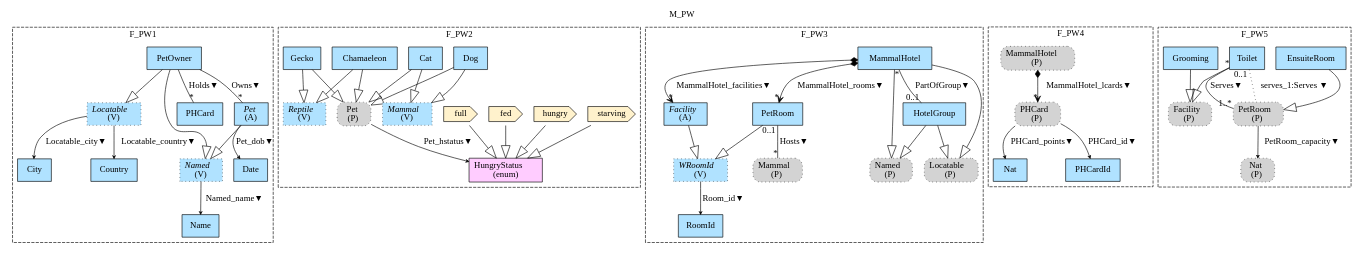
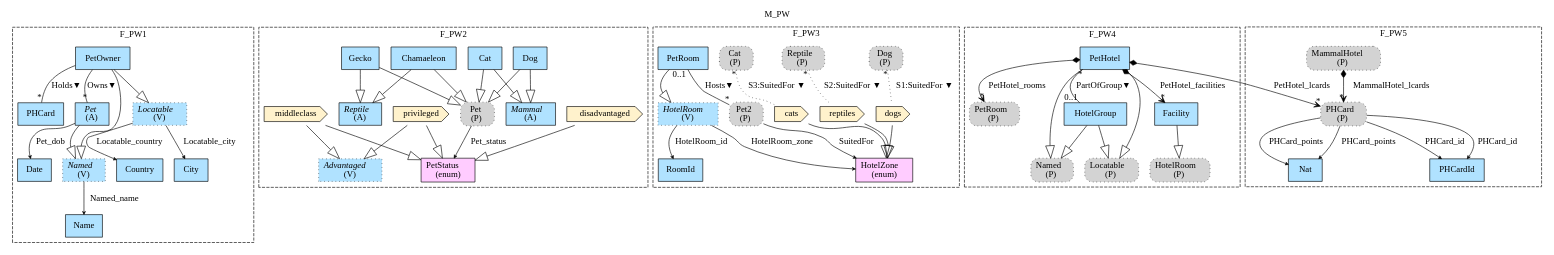
Before and after one commit to namalio/Fragmenta: the diagram in Haskell/FragmentaTests/PetsWorld/img/M_PW_Mdl.gv, drawn with Graphviz. The commit also changed 39 other files, not shown here.

```diff
--- a/Haskell/FragmentaTests/PetsWorld/img/M_PW_Mdl.gv
+++ b/Haskell/FragmentaTests/PetsWorld/img/M_PW_Mdl.gv
@@ -1,113 +1,128 @@
 digraph {graph[label=M_PW,labelloc=tl,labelfontsize=12];
 subgraph cluster_F_PW1{style=dashed;label=F_PW1;
 "Name"[shape=record,fillcolor=lightskyblue1,style = filled,label="Name"];
 "Country"[shape=record,fillcolor=lightskyblue1,style = filled,label="Country"];
 "City"[shape=record,fillcolor=lightskyblue1,style = filled,label="City"];
 "Date"[shape=record,fillcolor=lightskyblue1,style = filled,label="Date"];
 "PHCard"[shape=record,fillcolor=lightskyblue1,style = filled,label="PHCard"];
 "Pet"[shape=record,fillcolor=lightskyblue1,style = filled,label=<{<I>Pet</I><br/>(A)}>];
 "Named"[shape=record,fillcolor=lightskyblue1,style ="filled,dotted",label=<{<I>Named</I><br/>(V)}>];
 "PetOwner"[shape=record,fillcolor=lightskyblue1,style = filled,label="PetOwner"];
 "Locatable"[shape=record,fillcolor=lightskyblue1,style ="filled,dotted",label=<{<I>Locatable</I><br/>(V)}>];
 
-"Named"->"Name"[label="Named_name▼",arrowhead=vee,headlabel="",arrowsize=.5];
-"Locatable"->"Country"[label="Locatable_country▼",arrowhead=vee,headlabel="",arrowsize=.5];
-"Locatable"->"City"[label="Locatable_city▼",arrowhead=vee,headlabel="",arrowsize=.5];
-"Pet"->"Date"[label="Pet_dob▼",arrowhead=vee,headlabel="",arrowsize=.5];
+"Named"->"Name"[label="Named_name",arrowhead=vee,headlabel="",arrowsize=.5];
+"Locatable"->"Country"[label="Locatable_country",arrowhead=vee,headlabel="",arrowsize=.5];
+"Locatable"->"City"[label="Locatable_city",arrowhead=vee,headlabel="",arrowsize=.5];
+"Pet"->"Date"[label="Pet_dob",arrowhead=vee,headlabel="",arrowsize=.5];
 "PetOwner"->"Pet"[label="Owns▼",dir=none,taillabel="",headlabel="*"];
 "PetOwner"->"PHCard"[label="Holds▼",dir=none,taillabel="",headlabel="*"];
 "Pet"->"Named"[arrowhead=onormal,arrowsize=2.0];
 "PetOwner"->"Named"[arrowhead=onormal,arrowsize=2.0];
 "PetOwner"->"Locatable"[arrowhead=onormal,arrowsize=2.0];
 
 }
 subgraph cluster_F_PW2{style=dashed;label=F_PW2;
-"starving"[shape=cds,fillcolor="#FFF2CC",style = filled,label="starving"];
-"hungry"[shape=cds,fillcolor="#FFF2CC",style = filled,label="hungry"];
-"fed"[shape=cds,fillcolor="#FFF2CC",style = filled,label="fed"];
-"full"[shape=cds,fillcolor="#FFF2CC",style = filled,label="full"];
-"HungryStatus"[shape=record,fillcolor="#FFCCFF",style = filled,label="HungryStatus\l(enum)"];
+"disadvantaged"[shape=cds,fillcolor="#FFF2CC",style = filled,label="disadvantaged"];
+"PetStatus"[shape=record,fillcolor="#FFCCFF",style = filled,label="PetStatus\l(enum)"];
 "PPet"[shape=box,fillcolor=lightgray,style ="rounded,filled,dotted",label=<Pet<br/>(P)>];
 "Dog"[shape=record,fillcolor=lightskyblue1,style = filled,label="Dog"];
 "Cat"[shape=record,fillcolor=lightskyblue1,style = filled,label="Cat"];
-"Mammal"[shape=record,fillcolor=lightskyblue1,style ="filled,dotted",label=<{<I>Mammal</I><br/>(V)}>];
+"Mammal"[shape=record,fillcolor=lightskyblue1,style = filled,label=<{<I>Mammal</I><br/>(A)}>];
 "Chamaeleon"[shape=record,fillcolor=lightskyblue1,style = filled,label="Chamaeleon"];
 "Gecko"[shape=record,fillcolor=lightskyblue1,style = filled,label="Gecko"];
-"Reptile"[shape=record,fillcolor=lightskyblue1,style ="filled,dotted",label=<{<I>Reptile</I><br/>(V)}>];
+"Reptile"[shape=record,fillcolor=lightskyblue1,style = filled,label=<{<I>Reptile</I><br/>(A)}>];
+"privileged"[shape=cds,fillcolor="#FFF2CC",style = filled,label="privileged"];
+"middleclass"[shape=cds,fillcolor="#FFF2CC",style = filled,label="middleclass"];
+"Advantaged"[shape=record,fillcolor=lightskyblue1,style ="filled,dotted",label=<{<I>Advantaged</I><br/>(V)}>];
 
-"starving"->"HungryStatus"[arrowhead=onormal,arrowsize=2.0];
-"hungry"->"HungryStatus"[arrowhead=onormal,arrowsize=2.0];
-"fed"->"HungryStatus"[arrowhead=onormal,arrowsize=2.0];
-"full"->"HungryStatus"[arrowhead=onormal,arrowsize=2.0];
-"PPet"->"HungryStatus"[label="Pet_hstatus▼",arrowhead=vee,headlabel="",arrowsize=.5];
+"privileged"->"PetStatus"[arrowhead=onormal,arrowsize=2.0];
+"middleclass"->"PetStatus"[arrowhead=onormal,arrowsize=2.0];
+"disadvantaged"->"PetStatus"[arrowhead=onormal,arrowsize=2.0];
+"PPet"->"PetStatus"[label="Pet_status",arrowhead=vee,headlabel="",arrowsize=.5];
 "Dog"->"PPet"[arrowhead=onormal,arrowsize=2.0];
 "Cat"->"PPet"[arrowhead=onormal,arrowsize=2.0];
 "Chamaeleon"->"PPet"[arrowhead=onormal,arrowsize=2.0];
 "Gecko"->"PPet"[arrowhead=onormal,arrowsize=2.0];
 "Dog"->"Mammal"[arrowhead=onormal,arrowsize=2.0];
 "Cat"->"Mammal"[arrowhead=onormal,arrowsize=2.0];
 "Chamaeleon"->"Reptile"[arrowhead=onormal,arrowsize=2.0];
 "Gecko"->"Reptile"[arrowhead=onormal,arrowsize=2.0];
+"privileged"->"Advantaged"[arrowhead=onormal,arrowsize=2.0];
+"middleclass"->"Advantaged"[arrowhead=onormal,arrowsize=2.0];
 
 }
 
 subgraph cluster_F_PW3{style=dashed;label=F_PW3;
-"PMammal"[shape=box,fillcolor=lightgray,style ="rounded,filled,dotted",label=<Mammal<br/>(P)>];
+"PPet2"[shape=box,fillcolor=lightgray,style ="rounded,filled,dotted",label=<Pet2<br/>(P)>];
 "RoomId"[shape=record,fillcolor=lightskyblue1,style = filled,label="RoomId"];
+"HotelZone"[shape=record,fillcolor="#FFCCFF",style = filled,label="HotelZone\l(enum)"];
+"PDog"[shape=box,fillcolor=lightgray,style ="rounded,filled,dotted",label=<Dog<br/>(P)>];
+"dogs"[shape=cds,fillcolor="#FFF2CC",style = filled,label="dogs"];
+"PReptile"[shape=box,fillcolor=lightgray,style ="rounded,filled,dotted",label=<Reptile<br/>(P)>];
+"reptiles"[shape=cds,fillcolor="#FFF2CC",style = filled,label="reptiles"];
+"PCat"[shape=box,fillcolor=lightgray,style ="rounded,filled,dotted",label=<Cat<br/>(P)>];
+"cats"[shape=cds,fillcolor="#FFF2CC",style = filled,label="cats"];
 "PetRoom"[shape=record,fillcolor=lightskyblue1,style = filled,label="PetRoom"];
-"Facility"[shape=record,fillcolor=lightskyblue1,style = filled,label=<{<I>Facility</I><br/>(A)}>];
-"WRoomId"[shape=record,fillcolor=lightskyblue1,style ="filled,dotted",label=<{<I>WRoomId</I><br/>(V)}>];
-"PNamed"[shape=box,fillcolor=lightgray,style ="rounded,filled,dotted",label=<Named<br/>(P)>];
-"PLocatable"[shape=box,fillcolor=lightgray,style ="rounded,filled,dotted",label=<Locatable<br/>(P)>];
-"MammalHotel"[shape=record,fillcolor=lightskyblue1,style = filled,label="MammalHotel"];
-"HotelGroup"[shape=record,fillcolor=lightskyblue1,style = filled,label="HotelGroup"];
+"HotelRoom"[shape=record,fillcolor=lightskyblue1,style ="filled,dotted",label=<{<I>HotelRoom</I><br/>(V)}>];
 
-"MammalHotel"->"PetRoom"[label="MammalHotel_rooms▼",arrowhead=vee,arrowtail=diamond,dir=both,headlabel="*"];
-"MammalHotel"->"Facility"[label="MammalHotel_facilities▼",arrowhead=vee,arrowtail=diamond,dir=both,headlabel="*"];
-"PetRoom"->"PMammal"[label="Hosts▼",dir=none,taillabel="0..1",headlabel="*"];
-"WRoomId"->"RoomId"[label="Room_id▼",arrowhead=vee,headlabel="",arrowsize=.5];
-"MammalHotel"->"PNamed"[arrowhead=onormal,arrowsize=2.0];
-"MammalHotel"->"PLocatable"[arrowhead=onormal,arrowsize=2.0];
-"PetRoom"->"WRoomId"[arrowhead=onormal,arrowsize=2.0];
-"Facility"->"WRoomId"[arrowhead=onormal,arrowsize=2.0];
-"HotelGroup"->"PNamed"[arrowhead=onormal,arrowsize=2.0];
-"HotelGroup"->"PLocatable"[arrowhead=onormal,arrowsize=2.0];
-"MammalHotel"->"HotelGroup"[label="PartOfGroup▼",dir=none,taillabel="*",headlabel="0..1"];
+"dogs"->"HotelZone"[arrowhead=onormal,arrowsize=2.0];
+"reptiles"->"HotelZone"[arrowhead=onormal,arrowsize=2.0];
+"cats"->"HotelZone"[arrowhead=onormal,arrowsize=2.0];
+"PetRoom"->"PPet2"[label="Hosts▼",dir=none,taillabel="0..1",headlabel="*"];
+"PPet2"->"HotelZone"[label="SuitedFor",arrowhead=vee,headlabel="",arrowsize=.5];
+"HotelRoom"->"RoomId"[label="HotelRoom_id",arrowhead=vee,headlabel="",arrowsize=.5];
+"HotelRoom"->"HotelZone"[label="HotelRoom_zone",arrowhead=vee,headlabel="",arrowsize=.5];
+"PDog"->"dogs"[label="S1:SuitedFor ▼",dir=none,taillabel="*",headlabel="",style=dotted];
+"PReptile"->"reptiles"[label="S2:SuitedFor ▼",dir=none,taillabel="*",headlabel="",style=dotted];
+"PCat"->"cats"[label="S3:SuitedFor ▼",dir=none,taillabel="*",headlabel="",style=dotted];
+"PetRoom"->"HotelRoom"[arrowhead=onormal,arrowsize=2.0];
 
 }
 
 
 
+
 subgraph cluster_F_PW4{style=dashed;label=F_PW4;
+"PPetRoom"[shape=box,fillcolor=lightgray,style ="rounded,filled,dotted",label=<PetRoom<br/>(P)>];
+"Nat"[shape=record,fillcolor=lightskyblue1,style = filled,label="Nat"];
+"PPHCard"[shape=box,fillcolor=lightgray,style ="rounded,filled,dotted",label=<PHCard<br/>(P)>];
+"PHCardId"[shape=record,fillcolor=lightskyblue1,style = filled,label="PHCardId"];
+"PetHotel"[shape=record,fillcolor=lightskyblue1,style = filled,label="PetHotel"];
+"PNamed"[shape=box,fillcolor=lightgray,style ="rounded,filled,dotted",label=<Named<br/>(P)>];
+"HotelGroup"[shape=record,fillcolor=lightskyblue1,style = filled,label="HotelGroup"];
+"PLocatable"[shape=box,fillcolor=lightgray,style ="rounded,filled,dotted",label=<Locatable<br/>(P)>];
+"Facility"[shape=record,fillcolor=lightskyblue1,style = filled,label="Facility"];
+"PHotelRoom"[shape=box,fillcolor=lightgray,style ="rounded,filled,dotted",label=<HotelRoom<br/>(P)>];
+
+"PetHotel"->"HotelGroup"[label="PartOfGroup▼",dir=none,taillabel="*",headlabel="0..1"];
+"PetHotel"->"PPHCard"[label="PetHotel_lcards",arrowhead=vee,arrowtail=diamond,dir=both,headlabel="*"];
+"PetHotel"->"Facility"[label="PetHotel_facilities",arrowhead=vee,arrowtail=diamond,dir=both,headlabel="*"];
+"PetHotel"->"PPetRoom"[label="PetHotel_rooms",arrowhead=vee,arrowtail=diamond,dir=both,headlabel="*"];
+"PPHCard"->"Nat"[label="PHCard_points",arrowhead=vee,headlabel="",arrowsize=.5];
+"PPHCard"->"PHCardId"[label="PHCard_id",arrowhead=vee,headlabel="",arrowsize=.5];
+"PetHotel"->"PNamed"[arrowhead=onormal,arrowsize=2.0];
+"PetHotel"->"PLocatable"[arrowhead=onormal,arrowsize=2.0];
+"HotelGroup"->"PNamed"[arrowhead=onormal,arrowsize=2.0];
+"HotelGroup"->"PLocatable"[arrowhead=onormal,arrowsize=2.0];
+"Facility"->"PHotelRoom"[arrowhead=onormal,arrowsize=2.0];
+
+}
+
+
+
+
+
+subgraph cluster_F_PW5{style=dashed;label=F_PW5;
 "Nat"[shape=record,fillcolor=lightskyblue1,style = filled,label="Nat"];
 "PHCardId"[shape=record,fillcolor=lightskyblue1,style = filled,label="PHCardId"];
 "PMammalHotel"[shape=box,fillcolor=lightgray,style ="rounded,filled,dotted",label=<MammalHotel<br/>(P)>];
 "PPHCard"[shape=box,fillcolor=lightgray,style ="rounded,filled,dotted",label=<PHCard<br/>(P)>];
 
-"PPHCard"->"Nat"[label="PHCard_points▼",arrowhead=vee,headlabel="",arrowsize=.5];
-"PPHCard"->"PHCardId"[label="PHCard_id▼",arrowhead=vee,headlabel="",arrowsize=.5];
-"PMammalHotel"->"PPHCard"[label="MammalHotel_lcards▼",arrowhead=vee,arrowtail=diamond,dir=both,headlabel="*"];
+"PPHCard"->"Nat"[label="PHCard_points",arrowhead=vee,headlabel="",arrowsize=.5];
+"PPHCard"->"PHCardId"[label="PHCard_id",arrowhead=vee,headlabel="",arrowsize=.5];
+"PMammalHotel"->"PPHCard"[label="MammalHotel_lcards",arrowhead=vee,arrowtail=diamond,dir=both,headlabel="*"];
 
 }
 
 
-subgraph cluster_F_PW5{style=dashed;label=F_PW5;
-"PNat"[shape=box,fillcolor=lightgray,style ="rounded,filled,dotted",label=<Nat<br/>(P)>];
-"EnsuiteRoom"[shape=record,fillcolor=lightskyblue1,style = filled,label="EnsuiteRoom"];
-"PPetRoom"[shape=box,fillcolor=lightgray,style ="rounded,filled,dotted",label=<PetRoom<br/>(P)>];
-"Toilet"[shape=record,fillcolor=lightskyblue1,style = filled,label="Toilet"];
-"Grooming"[shape=record,fillcolor=lightskyblue1,style = filled,label="Grooming"];
-"PFacility"[shape=box,fillcolor=lightgray,style ="rounded,filled,dotted",label=<Facility<br/>(P)>];
-
-"PPetRoom"->"PNat"[label="PetRoom_capacity▼",arrowhead=vee,headlabel="",arrowsize=.5];
-"Toilet"->"PPetRoom"[label="Serves▼",dir=none,taillabel="*",headlabel="1..*"];
-"Toilet"->"PPetRoom"[label="serves_1:Serves ▼",dir=none,taillabel="0..1",headlabel="",style=dotted];
-"EnsuiteRoom"->"PPetRoom"[arrowhead=onormal,arrowsize=2.0];
-"Toilet"->"PFacility"[arrowhead=onormal,arrowsize=2.0];
-"Grooming"->"PFacility"[arrowhead=onormal,arrowsize=2.0];
-
 }
-
-
-
-}
```
